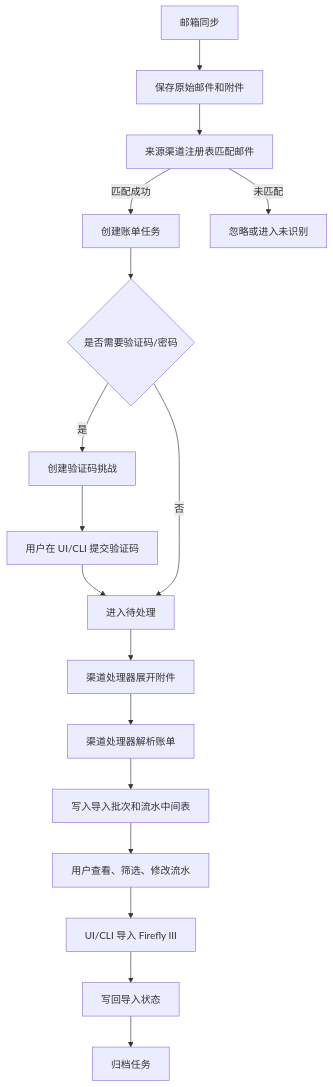
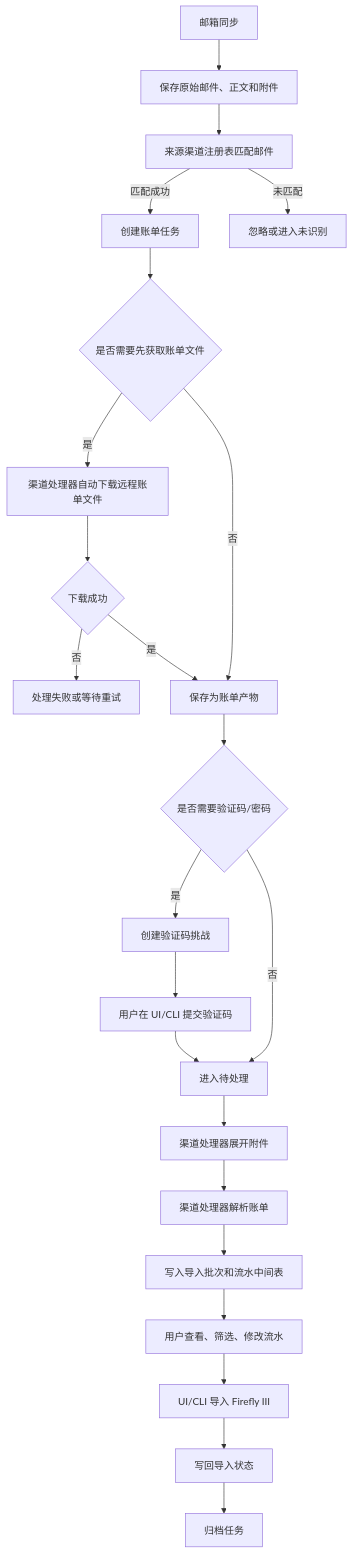
Before and after one commit to xingqiux/firefly-ai-accounting: the diagram in docs/bill-ingestion-channel-architecture.md, drawn with Mermaid. The commit also changed other lines of this file and 20 other files, not shown here.

````diff
--- a/docs/bill-ingestion-channel-architecture.md
+++ b/docs/bill-ingestion-channel-architecture.md
@@ -14,19 +14,25 @@
 ```mermaid
 flowchart TD
-    A["邮箱同步"] --> B["保存原始邮件和附件"]
+    A["邮箱同步"] --> B["保存原始邮件、正文和附件"]
     B --> C["来源渠道注册表匹配邮件"]
     C -->|匹配成功| D["创建账单任务"]
     C -->|未匹配| E["忽略或进入未识别"]
-    D --> F{"是否需要验证码/密码"}
-    F -->|是| G["创建验证码挑战"]
-    G --> H["用户在 UI/CLI 提交验证码"]
-    H --> I["进入待处理"]
+    D --> F{"是否需要先获取账单文件"}
+    F -->|是| G["渠道处理器自动下载远程账单文件"]
+    G --> H{"下载成功"}
+    H -->|否| X["处理失败或等待重试"]
+    H -->|是| I["保存为账单产物"]
     F -->|否| I
-    I --> J["渠道处理器展开附件"]
-    J --> K["渠道处理器解析账单"]
-    K --> L["写入导入批次和流水中间表"]
-    L --> M["用户查看、筛选、修改流水"]
-    M --> N["UI/CLI 导入 Firefly III"]
-    N --> O["写回导入状态"]
-    O --> P["归档任务"]
+    I --> J{"是否需要验证码/密码"}
+    J -->|是| K["创建验证码挑战"]
+    K --> L["用户在 UI/CLI 提交验证码"]
+    L --> M["进入待处理"]
+    J -->|否| M
+    M --> N["渠道处理器展开附件"]
+    N --> O["渠道处理器解析账单"]
+    O --> P["写入导入批次和流水中间表"]
+    P --> Q["用户查看、筛选、修改流水"]
+    Q --> R["UI/CLI 导入 Firefly III"]
+    R --> S["写回导入状态"]
+    S --> T["归档任务"]
 ```
````
